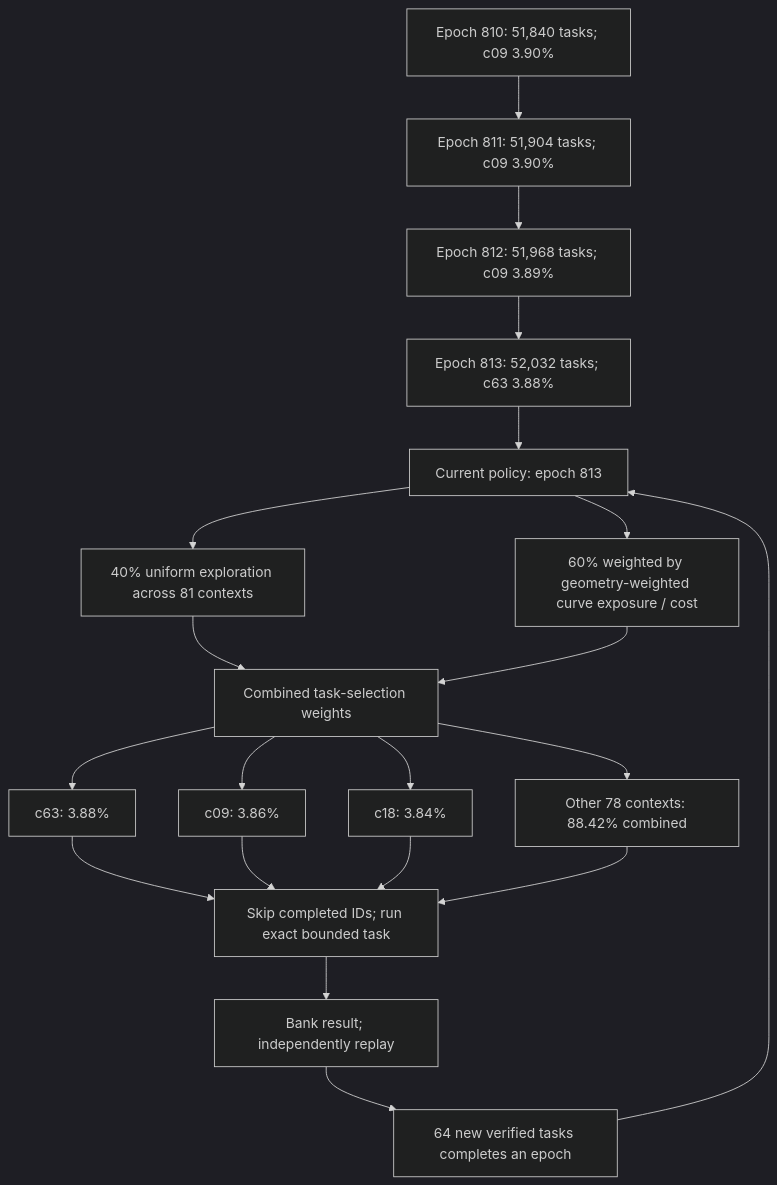
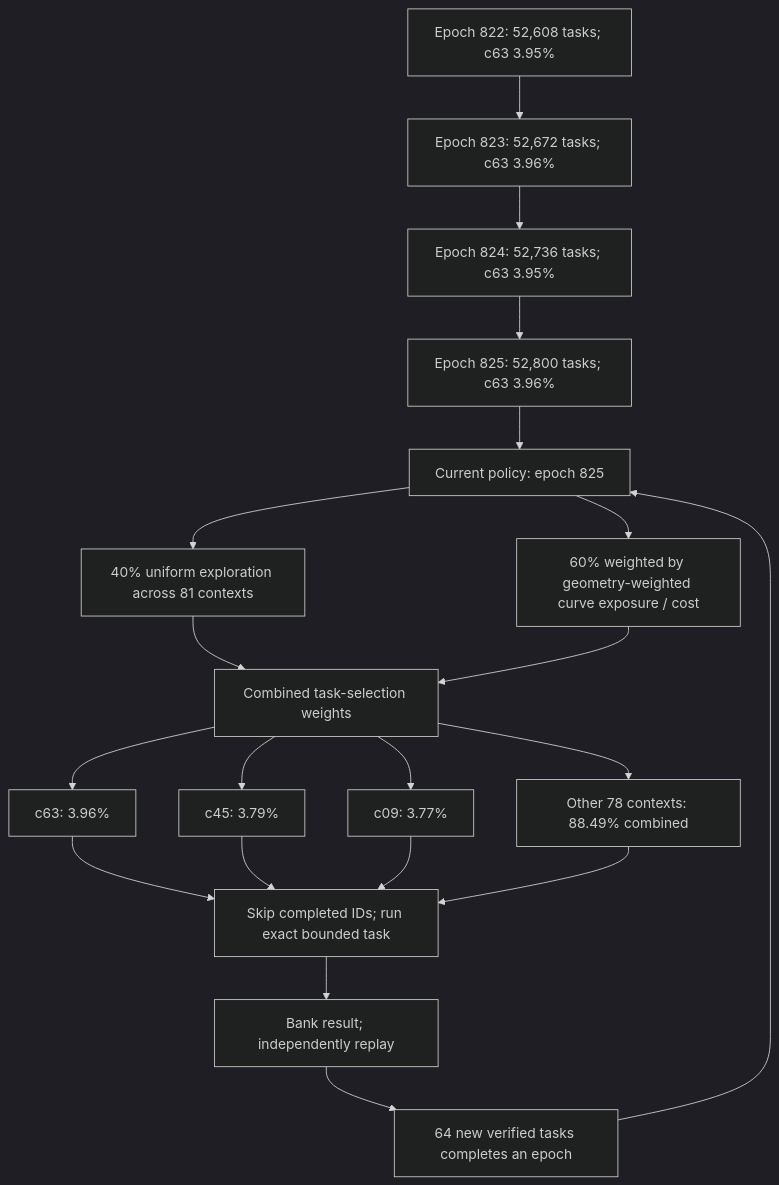
The first of 3 diagrams in README.md (Kuberwastaken/math-gambling), drawn with Mermaid (dark theme) before and after one commit. The commit also changed other lines of this file and 1634 other files, not shown here.

````diff
--- a/README.md
+++ b/README.md
@@ -55,27 +55,27 @@
 ```mermaid
 flowchart TD
-    H0["Epoch 810: 51,840 tasks; c09 3.90%"]
-    H1["Epoch 811: 51,904 tasks; c09 3.90%"]
+    H0["Epoch 822: 52,608 tasks; c63 3.95%"]
+    H1["Epoch 823: 52,672 tasks; c63 3.96%"]
     H0 --> H1
-    H2["Epoch 812: 51,968 tasks; c09 3.89%"]
+    H2["Epoch 824: 52,736 tasks; c63 3.95%"]
     H1 --> H2
-    H3["Epoch 813: 52,032 tasks; c63 3.88%"]
+    H3["Epoch 825: 52,800 tasks; c63 3.96%"]
     H2 --> H3
-    Policy["Current policy: epoch 813"]
+    Policy["Current policy: epoch 825"]
     H3 --> Policy
     Policy --> Explore["40% uniform exploration across 81 contexts"]
     Policy --> Cost["60% weighted by geometry-weighted curve exposure / cost"]
     Explore --> Mix["Combined task-selection weights"]
     Cost --> Mix
-    Mix --> C0["c63: 3.88%"]
-    Mix --> C1["c09: 3.86%"]
-    Mix --> C2["c18: 3.84%"]
-    Mix --> Rest["Other 78 contexts: 88.42% combined"]
+    Mix --> C0["c63: 3.96%"]
+    Mix --> C1["c45: 3.79%"]
+    Mix --> C2["c09: 3.77%"]
+    Mix --> Rest["Other 78 contexts: 88.49% combined"]
     C0 --> Check["Skip completed IDs; run exact bounded task"]
     C1 --> Check
     C2 --> Check
     Rest --> Check
     Check --> Replay["Bank result; independently replay"]
     Replay --> Gate["64 new verified tasks completes an epoch"]
     Gate --> Policy
 ```
````
